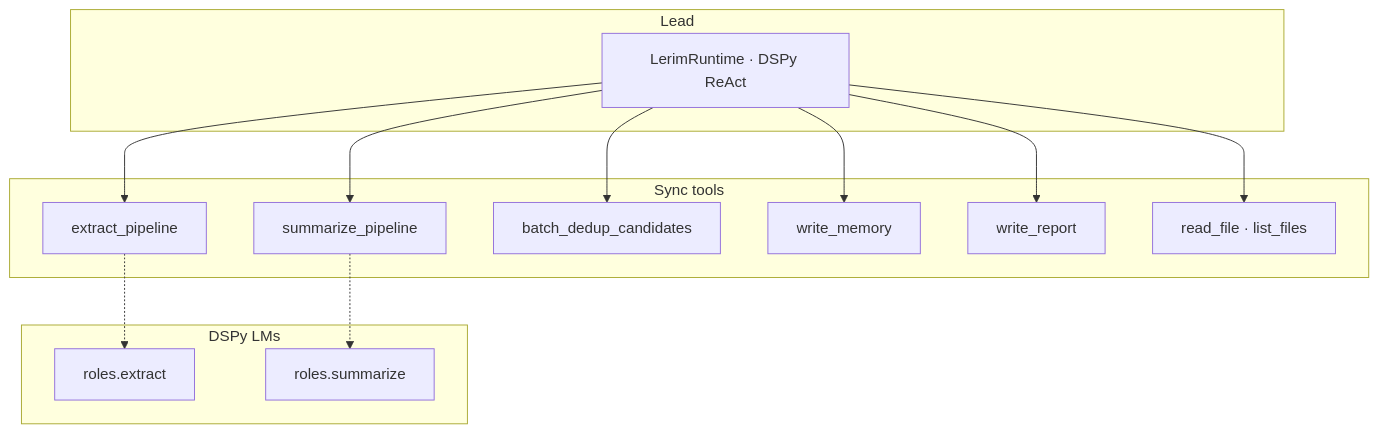
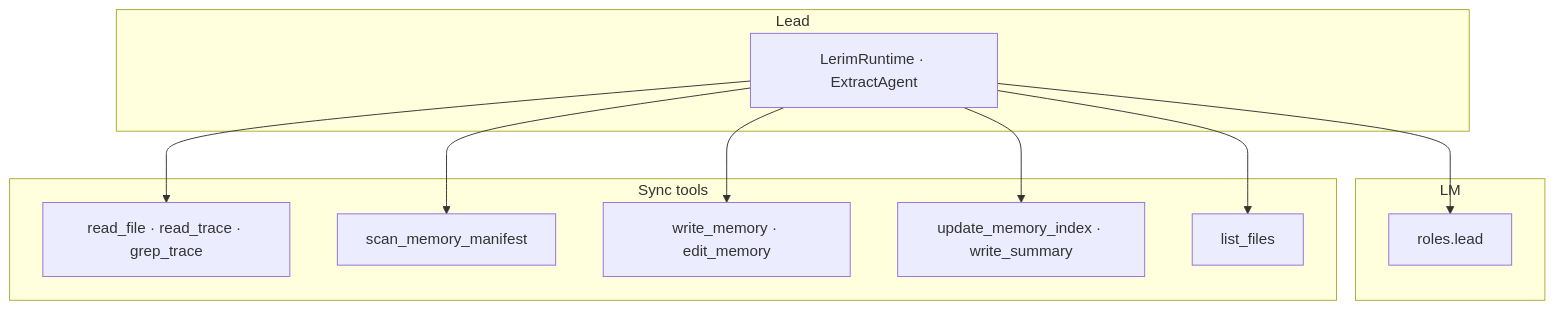
Before and after one commit to lerim-dev/lerim-cli: the second of 3 diagrams in docs/concepts/how-it-works.md, drawn with Mermaid. The commit also changed other lines of this file and 33 other files, not shown here.

First line of the commit message:
refactor: update Lerim's memory architecture and agent roles

````diff
--- a/docs/concepts/how-it-works.md
+++ b/docs/concepts/how-it-works.md
@@ -62,26 +62,22 @@
 ```mermaid
 flowchart TB
     subgraph lead["Lead"]
-        RT[LerimRuntime · DSPy ReAct]
+        RT[LerimRuntime · ExtractAgent]
+    end
+    subgraph lm["LM"]
+        L[roles.lead]
     end
     subgraph syncTools["Sync tools"]
-        ep[extract_pipeline]
-        sp[summarize_pipeline]
-        bd[batch_dedup_candidates]
-        wm[write_memory]
-        wr[write_report]
-        rf["read_file · list_files"]
+        t1["read_file · read_trace · grep_trace"]
+        sm[scan_memory_manifest]
+        wm["write_memory · edit_memory"]
+        ui["update_memory_index · write_summary"]
+        lf[list_files]
     end
-    subgraph dspy["DSPy LMs"]
-        ex[roles.extract]
-        su[roles.summarize]
-    end
-    RT --> ep
-    RT --> sp
-    RT --> bd
+    RT --> L
+    RT --> t1
+    RT --> sm
     RT --> wm
-    RT --> wr
-    RT --> rf
-    ep -.-> ex
-    sp -.-> su
+    RT --> ui
+    RT --> lf
 ```
````
